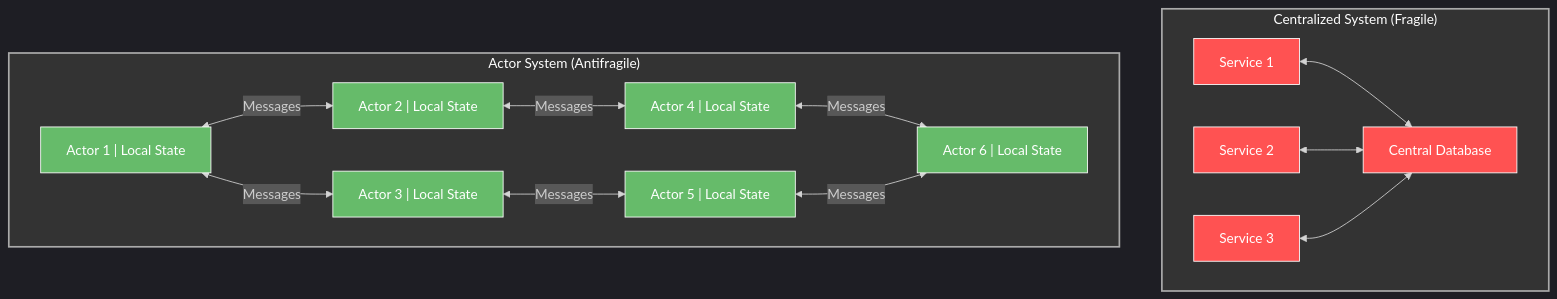
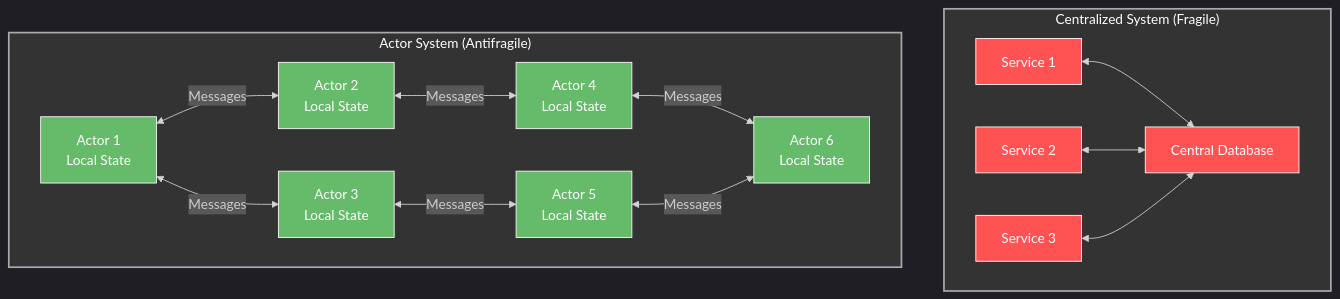
Before and after one commit to houstonhaynes/AD4SDocs: the ninth of 12 diagrams in 06 Fidelity framework Beyond Resilience.md, drawn with Mermaid. The commit also changed other lines of this file and 5 other files, not shown here.

Commit message:
fix mermaid part two

````diff
--- a/06 Fidelity framework Beyond Resilience.md
+++ b/06 Fidelity framework Beyond Resilience.md
@@ -642,43 +642,43 @@
 ```mermaid
 %%{init: {'theme': 'dark', 'themeVariables': { 'primaryColor': '#242424', 'primaryTextColor': '#fff', 'primaryBorderColor': '#888', 'lineColor': '#d3d3d3', 'secondaryColor': '#2b2b2b', 'tertiaryColor': '#333' }}}%%
 flowchart TB
     subgraph CentralizedSystem["Centralized System (Fragile)"]
         CentralDB["Central Database"]
         Service1["Service 1"]
         Service2["Service 2"]
         Service3["Service 3"]
         
         Service1 <--> CentralDB
         Service2 <--> CentralDB
         Service3 <--> CentralDB
     end
     
     subgraph ActorSystem["Actor System (Antifragile)"]
-        Actor1["Actor 1 | Local State"]
-        Actor2["Actor 2 | Local State"]
-        Actor3["Actor 3 | Local State"]
-        Actor4["Actor 4 | Local State"]
-        Actor5["Actor 5 | Local State"]
-        Actor6["Actor 6 | Local State"]
+        Actor1["Actor 1<br>Local State"]
+        Actor2["Actor 2<br>Local State"]
+        Actor3["Actor 3<br>Local State"]
+        Actor4["Actor 4<br>Local State"]
+        Actor5["Actor 5<br>Local State"]
+        Actor6["Actor 6<br>Local State"]
         
         Actor1 <-- "Messages" --> Actor2
         Actor1 <-- "Messages" --> Actor3
         Actor2 <-- "Messages" --> Actor4
         Actor3 <-- "Messages" --> Actor5
         Actor4 <-- "Messages" --> Actor6
         Actor5 <-- "Messages" --> Actor6
     end
     
     style CentralizedSystem fill:#333,stroke:#aaa,stroke-width:2px,color:#fff
     style ActorSystem fill:#333,stroke:#aaa,stroke-width:2px,color:#fff
     style CentralDB fill:#FF5252,stroke:#fff,stroke-width:1px,color:#fff
     style Service1 fill:#FF5252,stroke:#fff,stroke-width:1px,color:#fff
     style Service2 fill:#FF5252,stroke:#fff,stroke-width:1px,color:#fff
     style Service3 fill:#FF5252,stroke:#fff,stroke-width:1px,color:#fff
     style Actor1 fill:#66BB6A,stroke:#fff,stroke-width:1px,color:#fff
     style Actor2 fill:#66BB6A,stroke:#fff,stroke-width:1px,color:#fff
     style Actor3 fill:#66BB6A,stroke:#fff,stroke-width:1px,color:#fff
     style Actor4 fill:#66BB6A,stroke:#fff,stroke-width:1px,color:#fff
     style Actor5 fill:#66BB6A,stroke:#fff,stroke-width:1px,color:#fff
     style Actor6 fill:#66BB6A,stroke:#fff,stroke-width:1px,color:#fff
 ```
````
